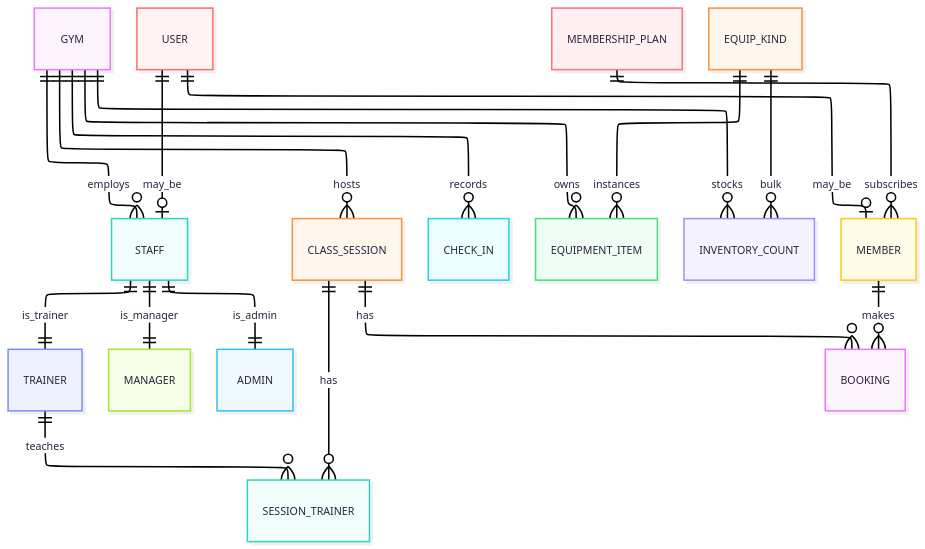
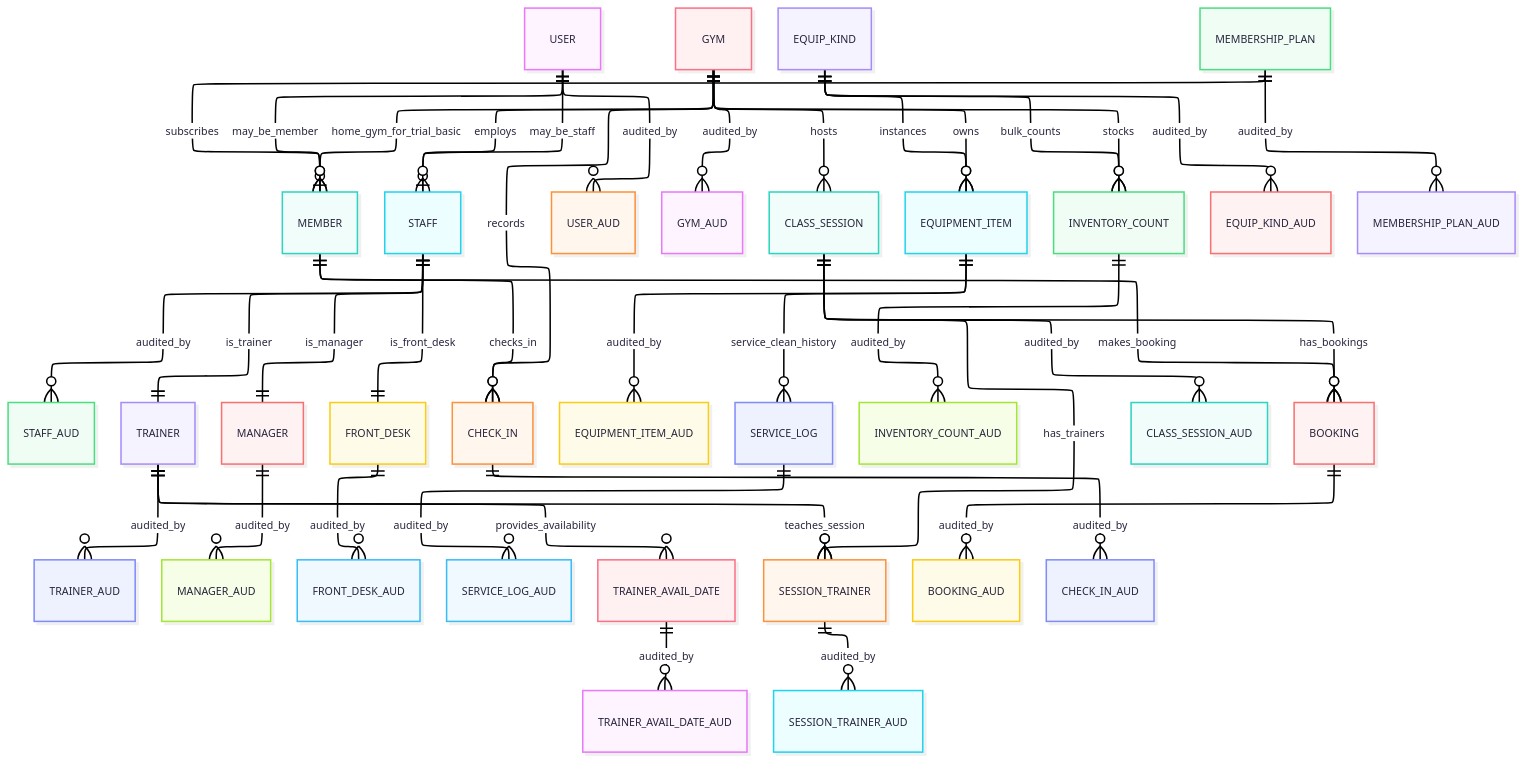
One commit to jic48-rutgers/FitDB changed the diagram in docs/TDD.md. Above: the diagram before and after it, drawn with Mermaid. The commit also changed other lines of this file, not shown here.

Commit message:
updated the TDD.md with an overview ERD with audit tables

````diff
--- a/docs/TDD.md
+++ b/docs/TDD.md
@@ -25,27 +28,62 @@
 ```mermaid
 ---
 config:
   theme: redux-color
   look: neo
   layout: elk
+  elk:
+    mergeEdges: True
+    nodePlacementStrategy: LINEAR_SEGMENTS
 ---
 erDiagram
+    %% overview WITH audit tables
+
+    %% user specializations
+    USER ||--o| MEMBER : may_be_member
+    USER ||--o{ USER_AUD : audited_by
+    USER ||--o| STAFF  : may_be_staff
+
+    STAFF ||--o{ STAFF_AUD : audited_by
+    STAFF ||--|| TRAINER     : is_trainer
+    STAFF ||--|| MANAGER     : is_manager
+    STAFF ||--|| FRONT_DESK  : is_front_desk
+
+    TRAINER ||--o{ TRAINER_AUD : audited_by
+    MANAGER ||--o{ MANAGER_AUD : audited_by
+    FRONT_DESK ||--o{ FRONT_DESK_AUD : audited_by
+
+    %% gym "ownership"
+    GYM ||--o{ GYM_AUD         : audited_by
     GYM ||--o{ STAFF           : employs
     GYM ||--o{ CLASS_SESSION   : hosts
     GYM ||--o{ CHECK_IN        : records
     GYM ||--o{ EQUIPMENT_ITEM  : owns
     GYM ||--o{ INVENTORY_COUNT : stocks
-    USER ||--o| MEMBER : may_be
-    USER ||--o| STAFF  : may_be
-    STAFF ||--|| TRAINER : is_trainer
-    STAFF ||--|| MANAGER : is_manager
-    STAFF ||--|| ADMIN   : is_admin
+    GYM ||--o{ MEMBER          : home_gym_for_trial_basic
+
+    %% equipment & maintenance
+    EQUIP_KIND   ||--o{ EQUIP_KIND_AUD : audited_by
+    EQUIP_KIND   ||--o{ EQUIPMENT_ITEM : instances
+    EQUIP_KIND   ||--o{ INVENTORY_COUNT: bulk_counts
+    EQUIPMENT_ITEM ||--o{ EQUIPMENT_ITEM_AUD : audited_by
+    EQUIPMENT_ITEM ||--o{ SERVICE_LOG   : service_clean_history
+    INVENTORY_COUNT ||--o{ INVENTORY_COUNT_AUD : audited_by
+    SERVICE_LOG ||--o{ SERVICE_LOG_AUD  : audited_by
+
+    %% availability & class staffing
+    TRAINER ||--o{ TRAINER_AVAIL_DATE : provides_availability
+    TRAINER_AVAIL_DATE ||--o{ TRAINER_AVAIL_DATE_AUD : audited_by
+    CLASS_SESSION ||--o{ CLASS_SESSION_AUD : audited_by
+    CLASS_SESSION ||--o{ SESSION_TRAINER : has_trainers
+    SESSION_TRAINER ||--o{ SESSION_TRAINER_AUD : audited_by
+    TRAINER ||--o{ SESSION_TRAINER : teaches_session
+
+    %% memberships, bookings, and attendance
+    MEMBERSHIP_PLAN ||--o{ MEMBERSHIP_PLAN_AUD : audited_by
     MEMBERSHIP_PLAN ||--o{ MEMBER : subscribes
-    CLASS_SESSION ||--o{ BOOKING : has
-    MEMBER        ||--o{ BOOKING : makes
-    CLASS_SESSION ||--o{ SESSION_TRAINER : has
-    TRAINER       ||--o{ SESSION_TRAINER : teaches
-    EQUIP_KIND       ||--o{ EQUIPMENT_ITEM  : instances
-    EQUIP_KIND       ||--o{ INVENTORY_COUNT : bulk
-
+    CLASS_SESSION   ||--o{ BOOKING : has_bookings
+    BOOKING ||--o{ BOOKING_AUD : audited_by
+    MEMBER          ||--o{ BOOKING : makes_booking
+    CHECK_IN ||--o{ CHECK_IN_AUD : audited_by
+    MEMBER          ||--o{ CHECK_IN: checks_in
 ```
````
